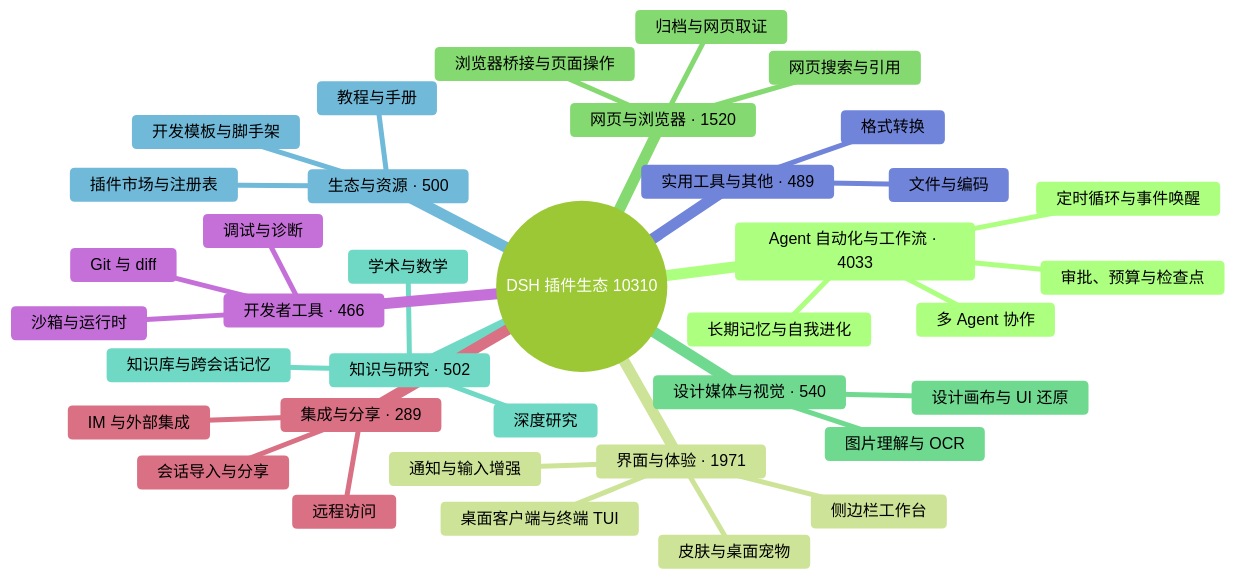
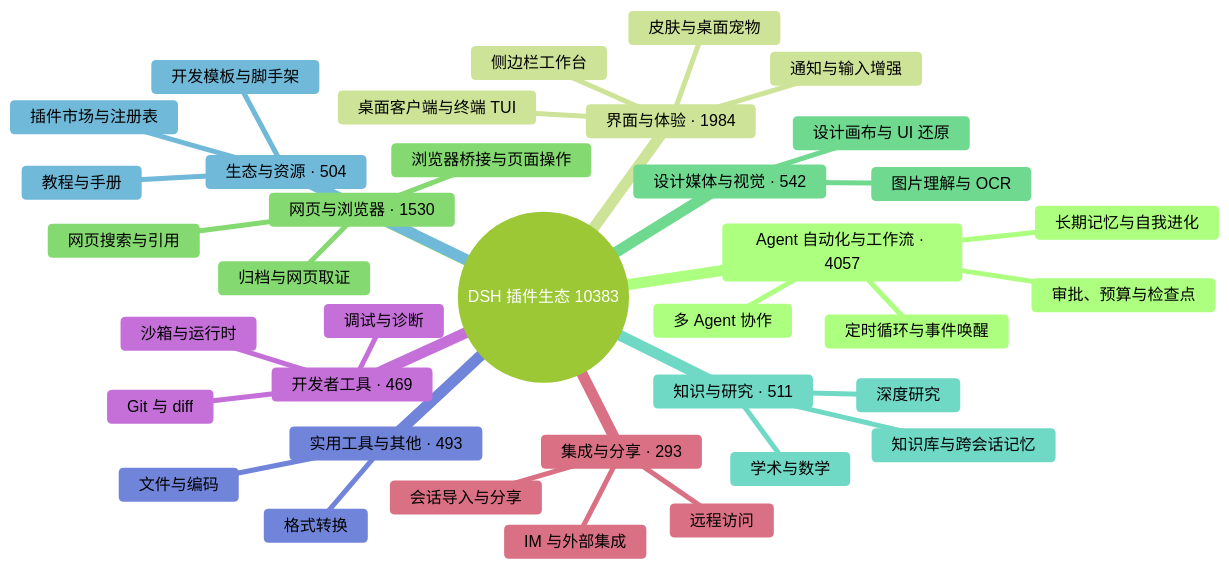
One commit to bruc3van/awesome-dsh-plugin changed the diagram in README.md. Above: the diagram before and after it, drawn with Mermaid (forest theme). The commit also changed other lines of this file and 19 other files, not shown here.

````diff
--- a/README.md
+++ b/README.md
@@ -33,40 +33,40 @@
 ```mermaid
 mindmap
-  root((DSH 插件生态 10310))
-    Agent 自动化与工作流 · 4033
+  root((DSH 插件生态 10383))
+    Agent 自动化与工作流 · 4057
       定时循环与事件唤醒
       多 Agent 协作
       长期记忆与自我进化
       审批、预算与检查点
-    界面与体验 · 1971
+    界面与体验 · 1984
       桌面客户端与终端 TUI
       侧边栏工作台
       皮肤与桌面宠物
       通知与输入增强
-    网页与浏览器 · 1520
+    网页与浏览器 · 1530
       浏览器桥接与页面操作
       网页搜索与引用
       归档与网页取证
-    设计媒体与视觉 · 540
+    设计媒体与视觉 · 542
       图片理解与 OCR
       设计画布与 UI 还原
-    知识与研究 · 502
+    知识与研究 · 511
       知识库与跨会话记忆
       深度研究
       学术与数学
-    生态与资源 · 500
+    生态与资源 · 504
       插件市场与注册表
       开发模板与脚手架
       教程与手册
-    实用工具与其他 · 489
+    实用工具与其他 · 493
       文件与编码
       格式转换
-    开发者工具 · 466
+    开发者工具 · 469
       Git 与 diff
       沙箱与运行时
       调试与诊断
-    集成与分享 · 289
+    集成与分享 · 293
       会话导入与分享
       远程访问
       IM 与外部集成
 ```
````
